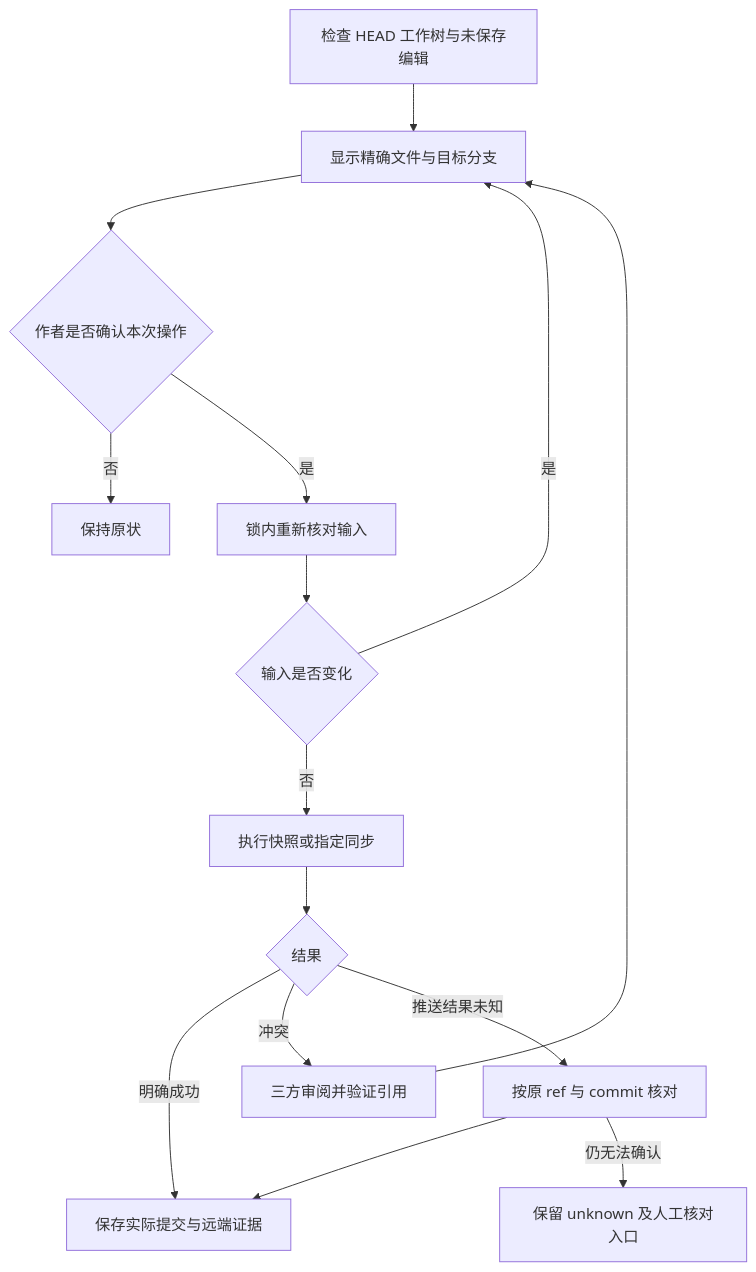
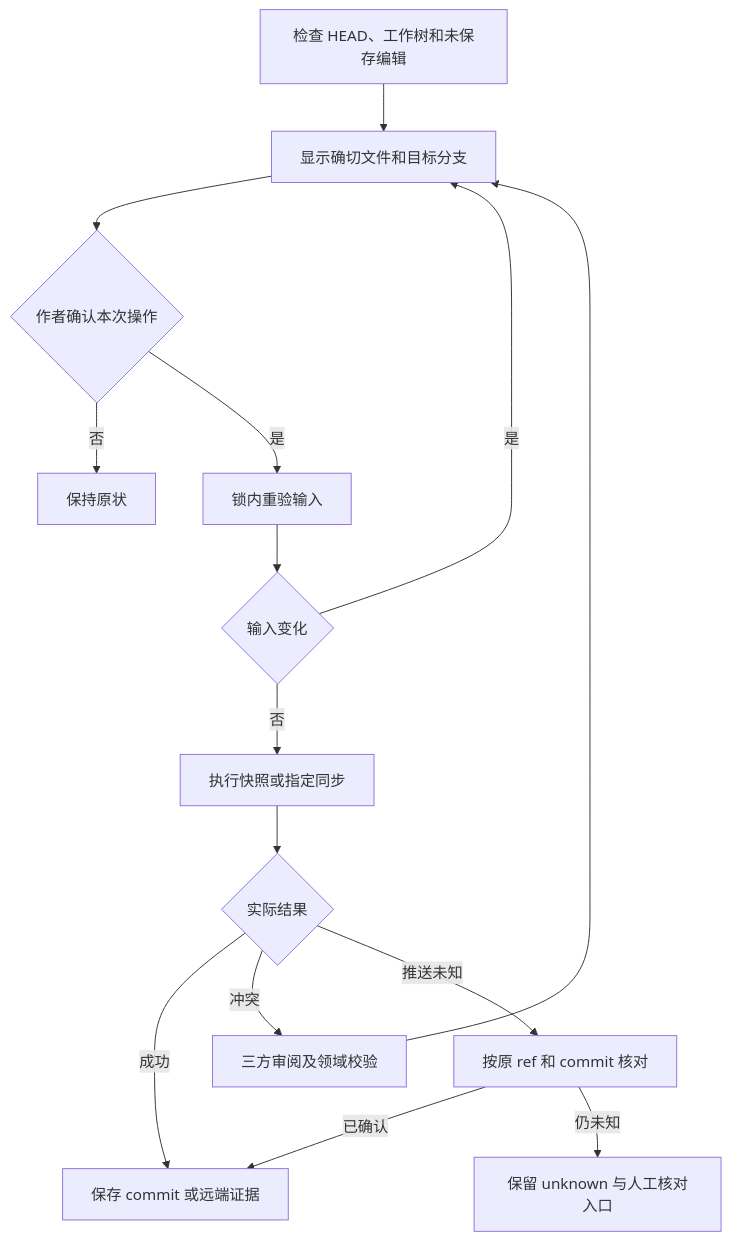
One commit to limecloud/hetu changed diagram 15 of 33 in docs/23-业务流程与MCP时序.md. Above: the diagram before and after it, drawn with Mermaid. The commit also changed other lines of this file and 252 other files, not shown here.

````diff
--- a/docs/23-业务流程与MCP时序.md
+++ b/docs/23-业务流程与MCP时序.md
@@ -198,17 +400,17 @@
 ```mermaid
 flowchart TD
-    status["检查 HEAD 工作树与未保存编辑"] --> preview["显示精确文件与目标分支"]
-    preview --> confirm{"作者是否确认本次操作"}
+    status["检查 HEAD、工作树和未保存编辑"] --> preview["显示确切文件和目标分支"]
+    preview --> confirm{"作者确认本次操作"}
     confirm -->|"否"| stop["保持原状"]
-    confirm -->|"是"| recheck["锁内重新核对输入"]
-    recheck --> changed{"输入是否变化"}
+    confirm -->|"是"| recheck["锁内重验输入"]
+    recheck --> changed{"输入变化"}
     changed -->|"是"| preview
-    changed -->|"否"| action["执行快照或指定同步"]
-    action --> result{"结果"}
-    result -->|"明确成功"| receipt["保存实际提交与远端证据"]
-    result -->|"冲突"| resolve["三方审阅并验证引用"]
+    changed -->|"否"| execute["执行快照或指定同步"]
+    execute --> result{"实际结果"}
+    result -->|"成功"| receipt["保存 commit 或远端证据"]
+    result -->|"冲突"| resolve["三方审阅及领域校验"]
     resolve --> preview
-    result -->|"推送结果未知"| inspect["按原 ref 与 commit 核对"]
-    inspect --> receipt
-    inspect -->|"仍无法确认"| unknown["保留 unknown 及人工核对入口"]
+    result -->|"推送未知"| query["按原 ref 和 commit 核对"]
+    query -->|"已确认"| receipt
+    query -->|"仍未知"| unknown["保留 unknown 与人工核对入口"]
 ```
````
